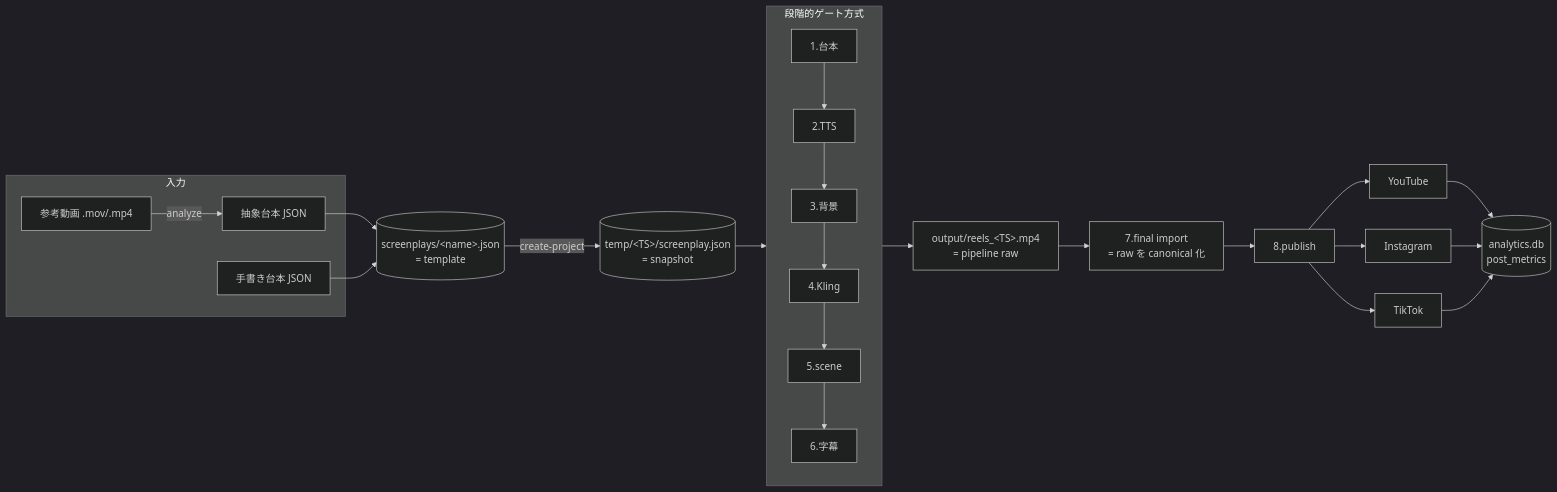
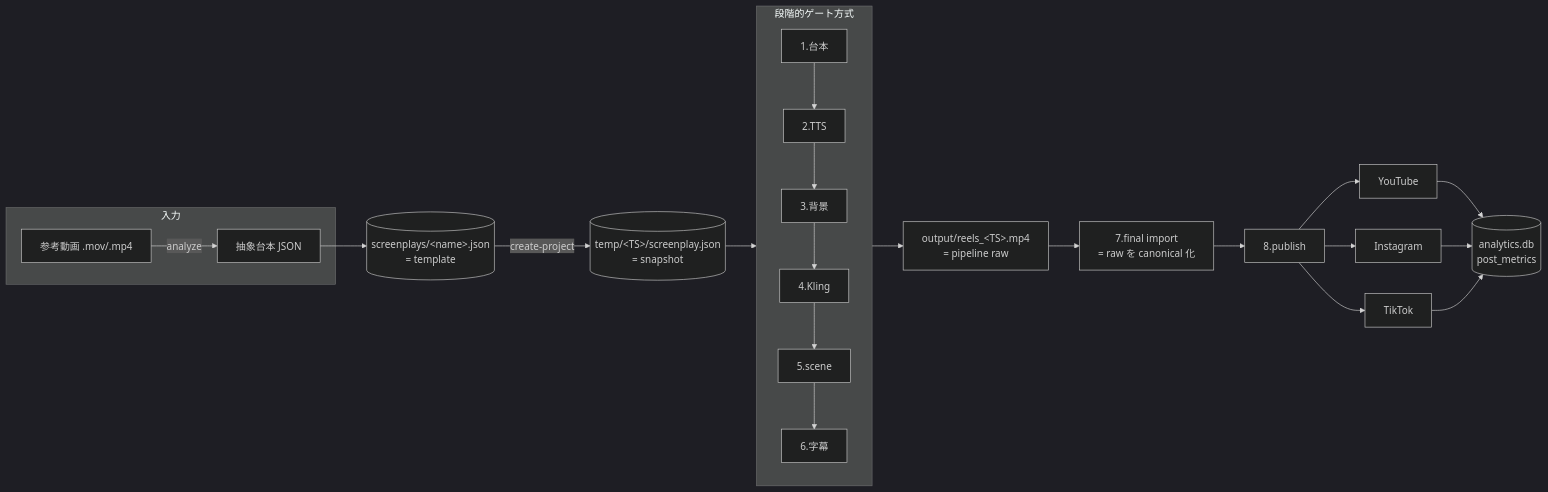
The diagram in docs/developments/architecture.md (HirotakaUchishiba/short-movie-generator), drawn with Mermaid (dark theme) before and after one commit. The commit also changed 2 other files, not shown here.

Commit message:
docs: drop remaining handwritten-screenplay mentions from 3 docs
Followup to the earlier sweep, which was scoped to CLAUDE.md /
README.md / overview.md and missed the same stale narrative in
three more docs that new readers hit when going deeper.

- docs/architecture-decisions.md §2: replace the "human-authored"
  claim with the analyze-pipeline-only reality, and clarify that
  the broader "no auto generation" rule still applies except for
  analyze-driven reverse-engineering.
- docs/abstract-screenplay-design.md template table and the
  ScriptEditPanel note: state that templates are produced solely
  by analyze pipeline output, and reframe the analyze_job_id
  branch as a legacy-template fallback.
- docs/developments/architecture.md flowchart: remove the HAND
  (handwritten) input node and edge so the diagram matches the
  actual single-input pipeline.

````diff
--- a/docs/developments/architecture.md
+++ b/docs/developments/architecture.md
@@ -9,30 +9,28 @@
 ```mermaid
 flowchart LR
   subgraph 入力
     REF[参考動画 .mov/.mp4] -->|analyze| ABS[抽象台本 JSON]
-    HAND[手書き台本 JSON]
   end
 
   ABS --> TPL[(screenplays/&lt;name&gt;.json<br/>= template)]
-  HAND --> TPL
 
   TPL -->|create-project| SNAP[(temp/&lt;TS&gt;/screenplay.json<br/>= snapshot)]
 
   subgraph 段階的ゲート方式
     direction TB
     S1[1.台本] --> S2[2.TTS] --> S3[3.背景] --> S4[4.Kling] --> S5[5.scene] --> S6[6.字幕]
   end
 
   SNAP --> S1
   S6 --> RAW[output/reels_&lt;TS&gt;.mp4<br/>= pipeline raw]
   RAW --> S7[7.final import<br/>= raw を canonical 化]
   S7 --> S8[8.publish]
 
   S8 --> YT[YouTube]
   S8 --> IG[Instagram]
   S8 --> TT[TikTok]
 
   YT --> METRIC[(analytics.db<br/>post_metrics)]
   IG --> METRIC
   TT --> METRIC
 ```
````
